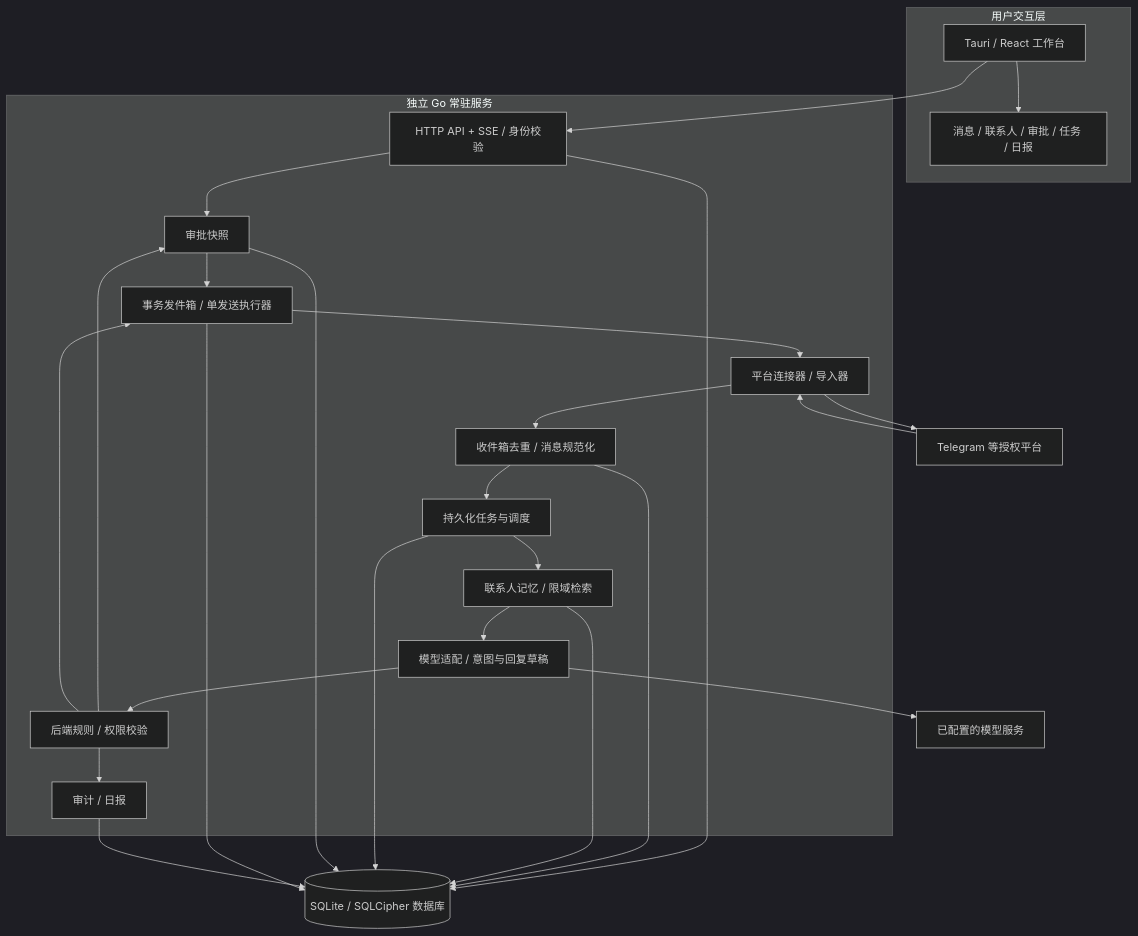
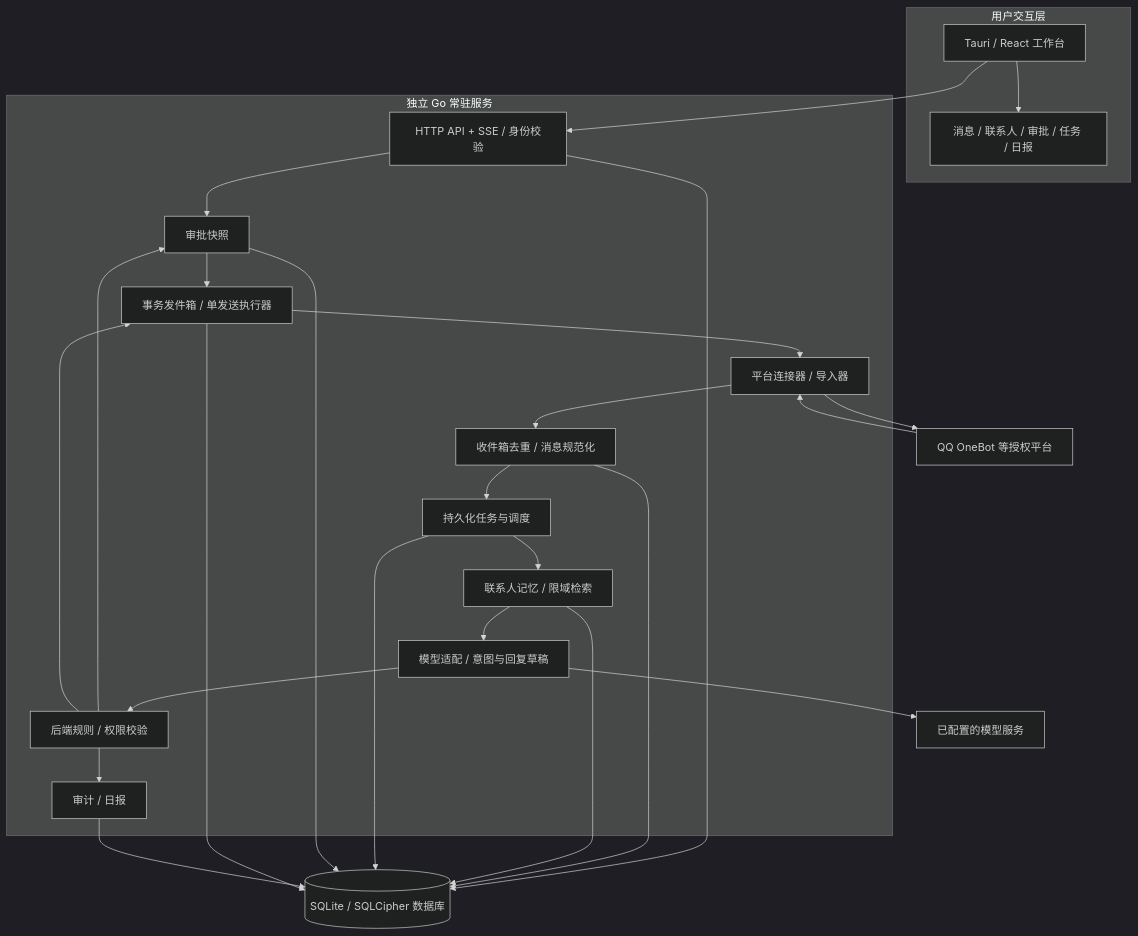
One commit to qilinbro/msg-manager changed the first of 2 diagrams in 技术文档.md. Above: the diagram before and after it, drawn with Mermaid (dark theme). The commit also changed other lines of this file and 75 other files, not shown here.

First line of the commit message:
feat(qq): [T02] add OneBot adapter and independent service foundation

````diff
--- a/技术文档.md
+++ b/技术文档.md
@@ -72,39 +72,39 @@
 ```mermaid
 flowchart TB
     subgraph UI[用户交互层]
         DESK[Tauri / React 工作台]
         VIEWS[消息 / 联系人 / 审批 / 任务 / 日报]
         DESK --> VIEWS
     end
     subgraph SERVICE[独立 Go 常驻服务]
         API[HTTP API + SSE / 身份校验]
         CONN[平台连接器 / 导入器]
         INGEST[收件箱去重 / 消息规范化]
         JOB[持久化任务与调度]
         MEM[联系人记忆 / 限域检索]
         AGENT[模型适配 / 意图与回复草稿]
         RULE[后端规则 / 权限校验]
         APPROVAL[审批快照]
         SEND[事务发件箱 / 单发送执行器]
         REPORT[审计 / 日报]
     end
-    PLATFORM[Telegram 等授权平台]
+    PLATFORM[QQ OneBot 等授权平台]
     DB[(SQLite / SQLCipher 数据库)]
     MODEL[已配置的模型服务]
     DESK --> API
     PLATFORM --> CONN --> INGEST --> JOB
     API --> DB
     INGEST --> DB
     JOB --> MEM --> AGENT --> RULE
     MEM --> DB
     AGENT --> MODEL
     RULE --> APPROVAL --> SEND
     RULE --> SEND
     RULE --> REPORT
     SEND --> CONN --> PLATFORM
     JOB --> DB
     APPROVAL --> DB
     SEND --> DB
     REPORT --> DB
     API --> APPROVAL
 ```
````
